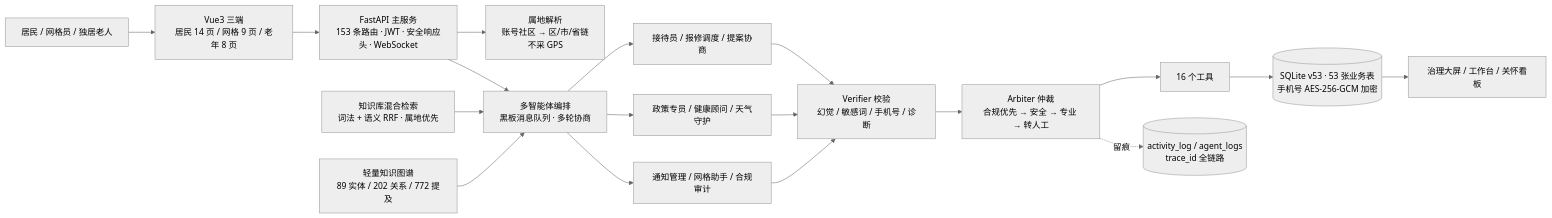
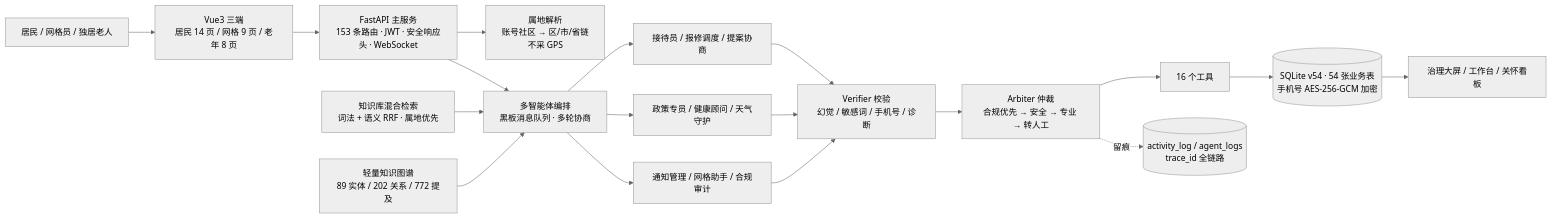
The diagram in docs/competition/创意说明书-提交版.md (woshuofengsu/campus-insight-agent), drawn with Mermaid (neutral theme) before and after one commit. The commit also changed other lines of this file and 26 other files, not shown here.

````diff
--- a/docs/competition/创意说明书-提交版.md
+++ b/docs/competition/创意说明书-提交版.md
@@ -113,18 +113,18 @@
 ```mermaid
 flowchart LR
     U[居民 / 网格员 / 独居老人] --> UI[Vue3 三端<br/>居民 14 页 / 网格 9 页 / 老年 8 页]
     UI --> API[FastAPI 主服务<br/>153 条路由 · JWT · 安全响应头 · WebSocket]
     API --> R[属地解析<br/>账号社区 → 区/市/省链<br/>不采 GPS]
     API --> O[多智能体编排<br/>黑板消息队列 · 多轮协商]
     O --> A1[接待员 / 报修调度 / 提案协商]
     O --> A2[政策专员 / 健康顾问 / 天气守护]
     O --> A3[通知管理 / 网格助手 / 合规审计]
     A1 & A2 & A3 --> V[Verifier 校验<br/>幻觉 / 敏感词 / 手机号 / 诊断]
     V --> AR[Arbiter 仲裁<br/>合规优先 → 安全 → 专业 → 转人工]
     AR --> T[16 个工具]
-    T --> DB[(SQLite v53 · 53 张业务表<br/>手机号 AES-256-GCM 加密)]
+    T --> DB[(SQLite v54 · 54 张业务表<br/>手机号 AES-256-GCM 加密)]
     KB[知识库混合检索<br/>词法 + 语义 RRF · 属地优先] --> O
     KG[轻量知识图谱<br/>89 实体 / 202 关系 / 772 提及] --> O
     DB --> S[治理大屏 / 工作台 / 关怀看板]
     AR -.留痕.-> LOG[(activity_log / agent_logs<br/>trace_id 全链路)]
 ```
````
